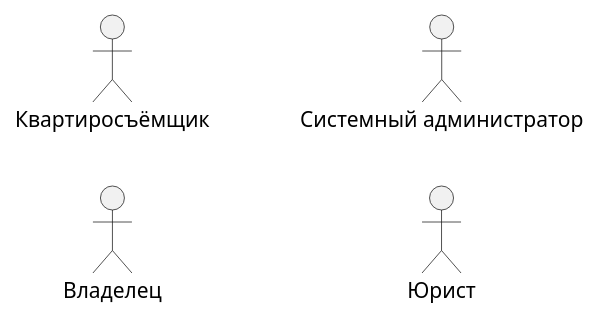
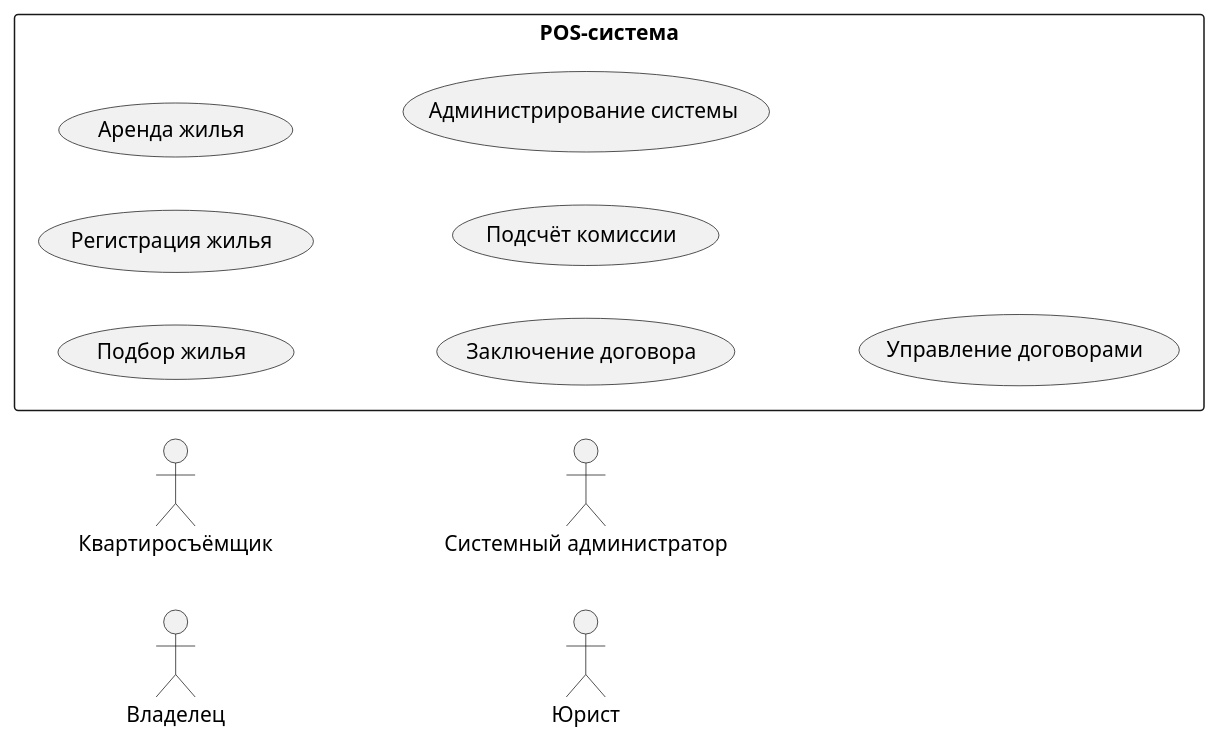
One commit to penamarth/bsbo-01-22_team4_var8 changed the diagram in Diagrama_precedent.md. Above: the diagram before and after it, drawn with PlantUML. The commit also changed other lines of this file, not shown here.

Commit message:
Add package POS-система

````diff
--- a/Diagrama_precedent.md
+++ b/Diagrama_precedent.md
@@ -1,11 +1,21 @@
 ```plantuml
 @startuml
 skinparam packageStyle rect
 left to right direction
 :Квартиросъёмщик:
 :Владелец:
 :Системный администратор:
 :Юрист:
 
+package POS-система {
+(Подбор жилья)
+(Регистрация жилья)
+(Аренда жилья)
+(Заключение договора)
+(Подсчёт комиссии)
+(Администрирование системы)
+(Управление договорами)
+}
+
 @enduml
 ```
````
